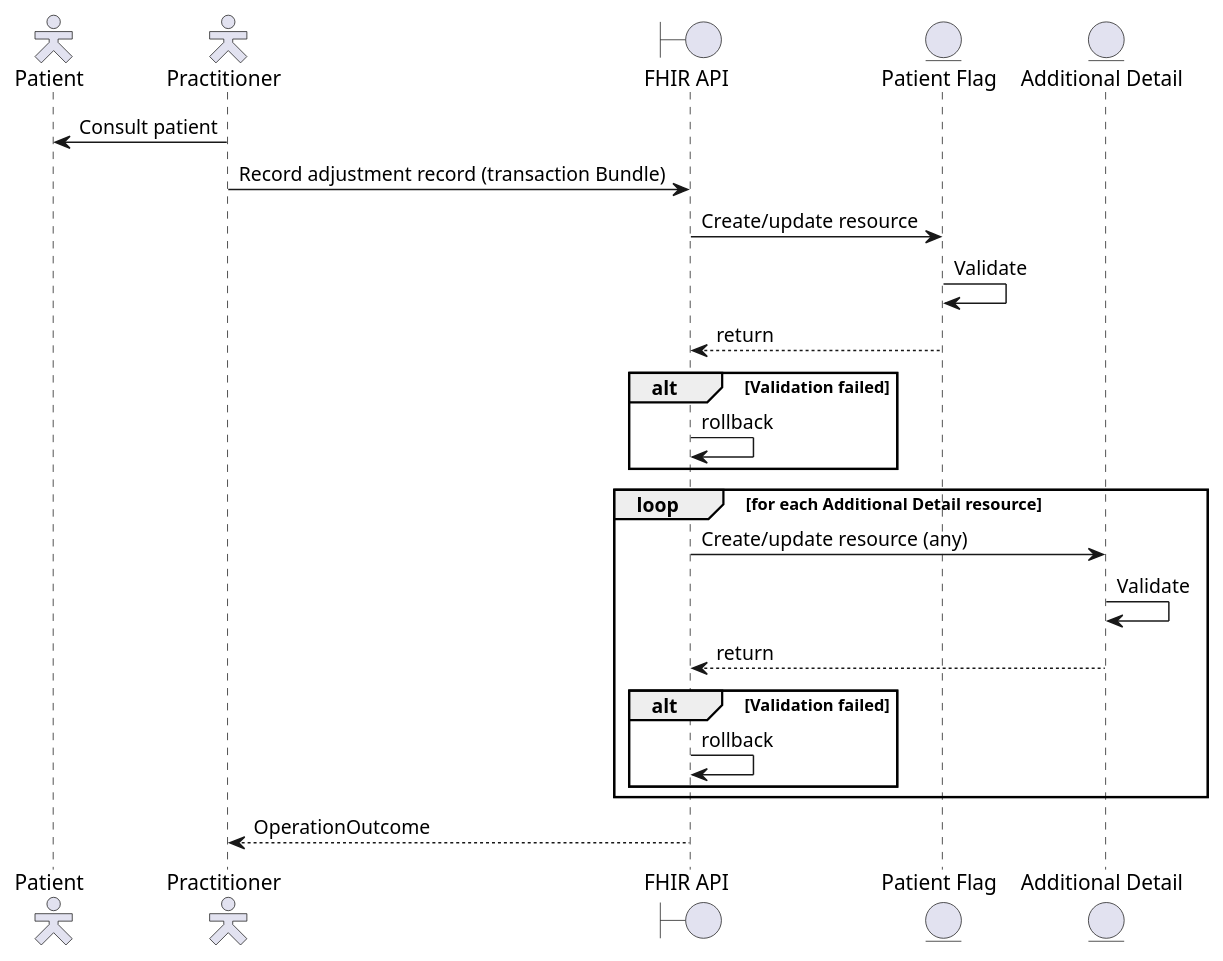
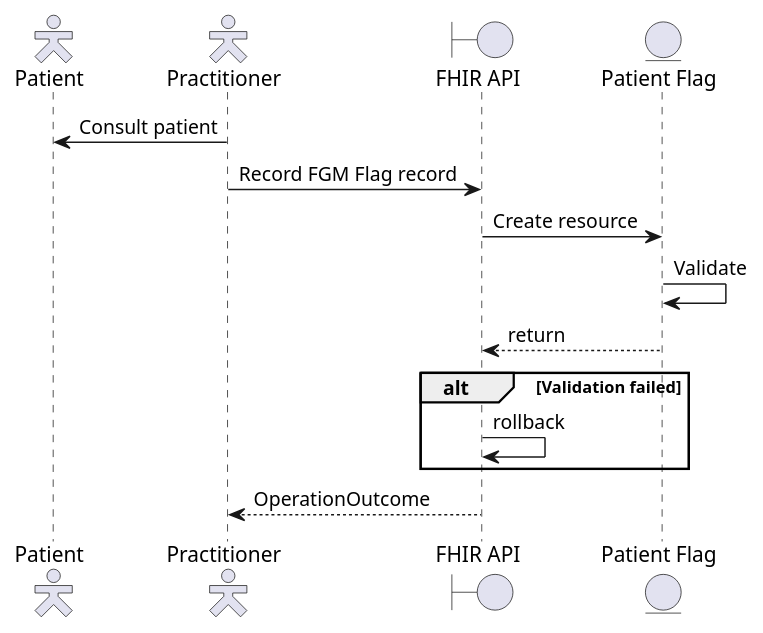
One commit to NHSDigital/ra-sandbox changed the diagram in input/images-source/add-pf-record-sequence.plantuml. Above: the diagram before and after it, drawn with PlantUML. The commit also changed 9 other files, not shown here.

```diff
--- a/input/images-source/add-pf-record-sequence.plantuml
+++ b/input/images-source/add-pf-record-sequence.plantuml
@@ -1,31 +1,21 @@
 @startuml
 
 skinparam actorStyle hollow
 
 actor        "Patient"          as pat
 actor        "Practitioner"     as pra
 boundary     "FHIR API"         as api
 entity       "Patient Flag"     as flg
-entity       "Additional Detail"  as add
 
 pra ->  pat : Consult patient
-pra ->  api : Record adjustment record (transaction Bundle)
-
-api ->  flg : Create/update resource
+pra ->  api : Record FGM Flag record
+api ->  flg : Create resource
 flg ->  flg : Validate
 api <-- flg : return
 alt Validation failed
   api -> api : rollback
 end
 
-loop for each Additional Detail resource
-  api ->  add : Create/update resource (any)
-  add ->  add : Validate
-  api <-- add : return
-  alt Validation failed
-    api -> api : rollback
-  end
-end
 pra <-- api : OperationOutcome
 
 @enduml
```
